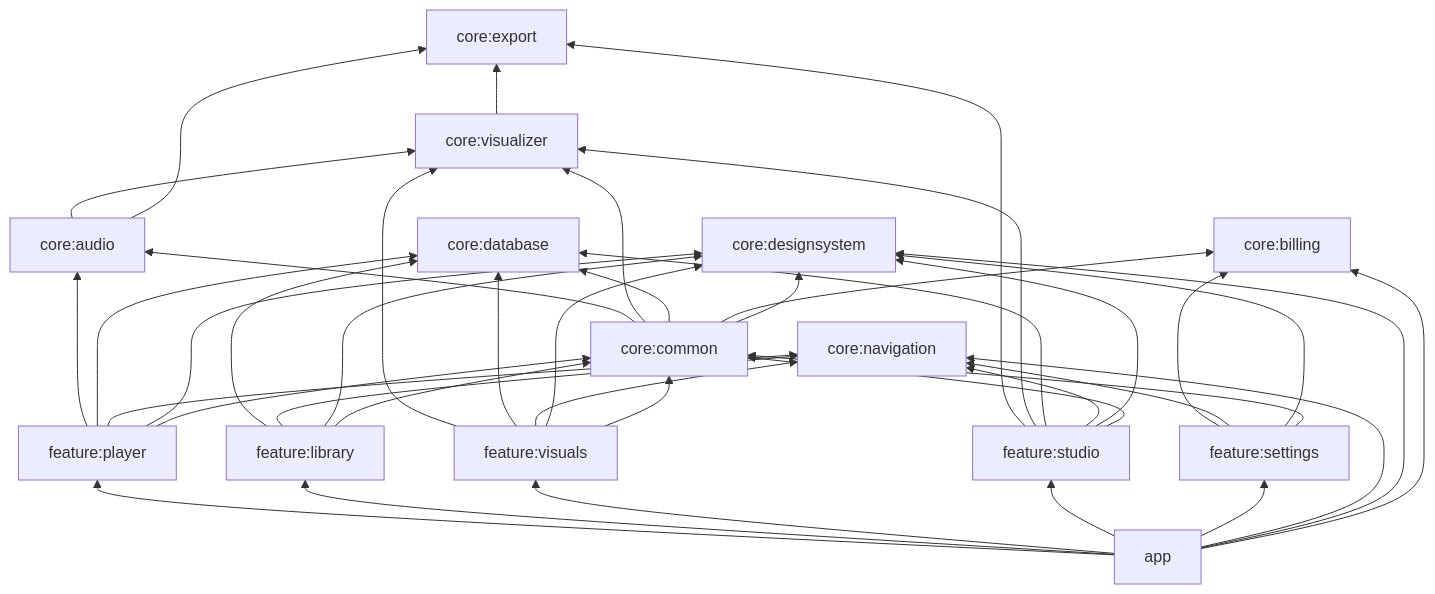
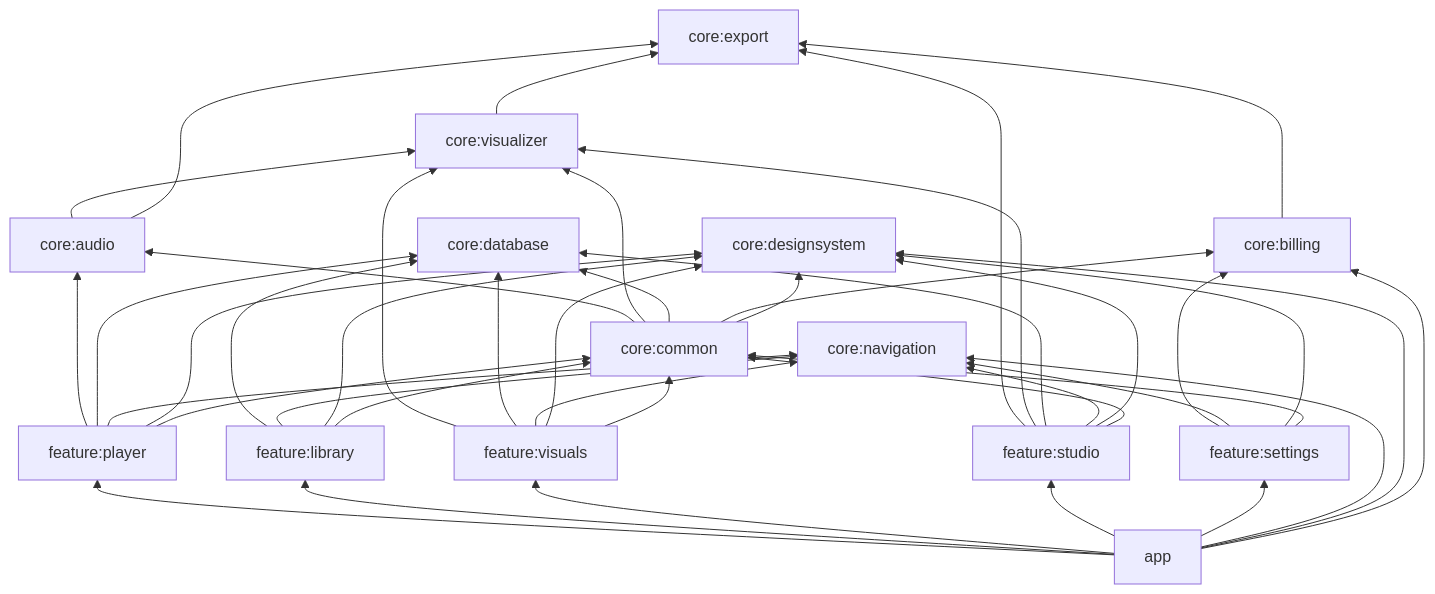
One commit to tessie1993/music-visualizer-2 changed the first of 7 diagrams in docs/ARCHITECTURE_BLUEPRINT.md. Above: the diagram before and after it, drawn with Mermaid. The commit also changed other lines of this file and 1 other file, not shown here.

Commit message:
docs(synesthesia): L12 cartographer pass for PR #139 - DAG billing->export edge, M4 seams ledger, journal

````diff
--- a/docs/ARCHITECTURE_BLUEPRINT.md
+++ b/docs/ARCHITECTURE_BLUEPRINT.md
@@ -9,18 +9,19 @@
 ```mermaid
 graph BT
   COMMON["core:common"] --> AUDIO["core:audio"]
   COMMON --> VIS["core:visualizer"]
   AUDIO --> VIS
   COMMON --> DB["core:database"]
   COMMON --> BILLING["core:billing"]
+  BILLING --> EXPORT["core:export"]
   COMMON --> DS["core:designsystem"]
-  VIS --> EXPORT["core:export"]
+  VIS --> EXPORT
   AUDIO --> EXPORT
   NAV["core:navigation"]
   FPLAYER["feature:player"] --> AUDIO & DB & NAV & DS & COMMON
   FLIB["feature:library"] --> DB & NAV & DS & COMMON
   FVIS["feature:visuals"] --> VIS & DB & NAV & DS & COMMON
   FSTUDIO["feature:studio"] --> EXPORT & VIS & DB & NAV & DS & COMMON
   FSET["feature:settings"] --> BILLING & NAV & DS & COMMON
   APP["app"] --> FPLAYER & FLIB & FVIS & FSTUDIO & FSET & NAV & DS & BILLING
 ```
````
